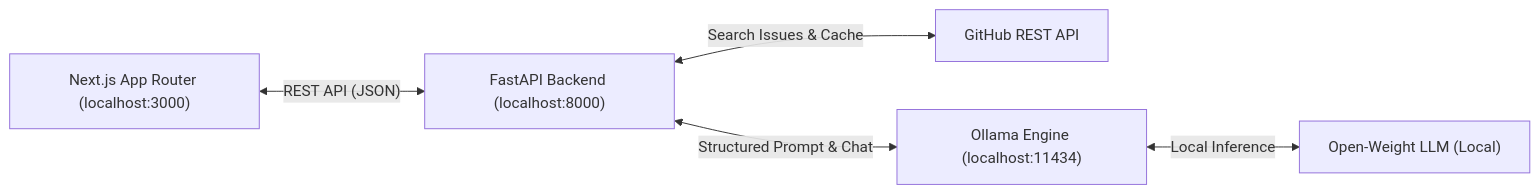
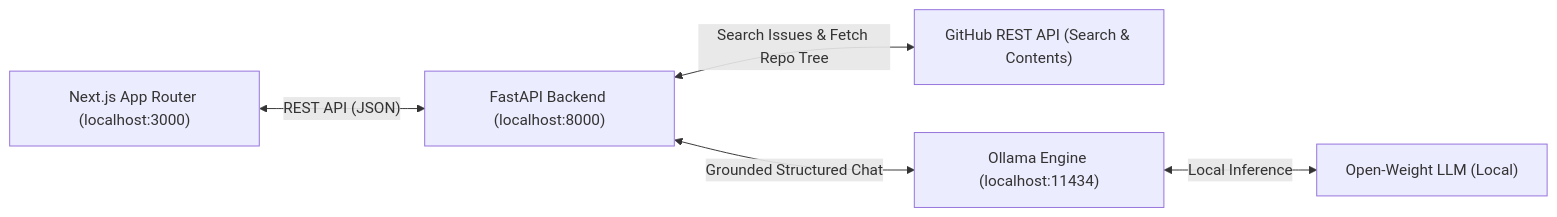
Before and after one commit to swapnil1222589/OpenSourceNavigatorAI: the diagram in README.md, drawn with Mermaid. The commit also changed other lines of this file and 17 other files, not shown here.

````diff
--- a/README.md
+++ b/README.md
@@ -28,13 +28,13 @@
 ```mermaid
 flowchart LR
     Client["Next.js App Router (localhost:3000)"]
     Backend["FastAPI Backend (localhost:8000)"]
-    GitHub["GitHub REST API"]
+    GitHub["GitHub REST API (Search & Contents)"]
     Ollama["Ollama Engine (localhost:11434)"]
     Weights["Open-Weight LLM (Local)"]
 
     Client <-->|"REST API (JSON)"| Backend
-    Backend <-->|"Search Issues & Cache"| GitHub
-    Backend <-->|"Structured Prompt & Chat"| Ollama
+    Backend <-->|"Search Issues & Fetch Repo Tree"| GitHub
+    Backend <-->|"Grounded Structured Chat"| Ollama
     Ollama <-->|"Local Inference"| Weights
 ```
````
